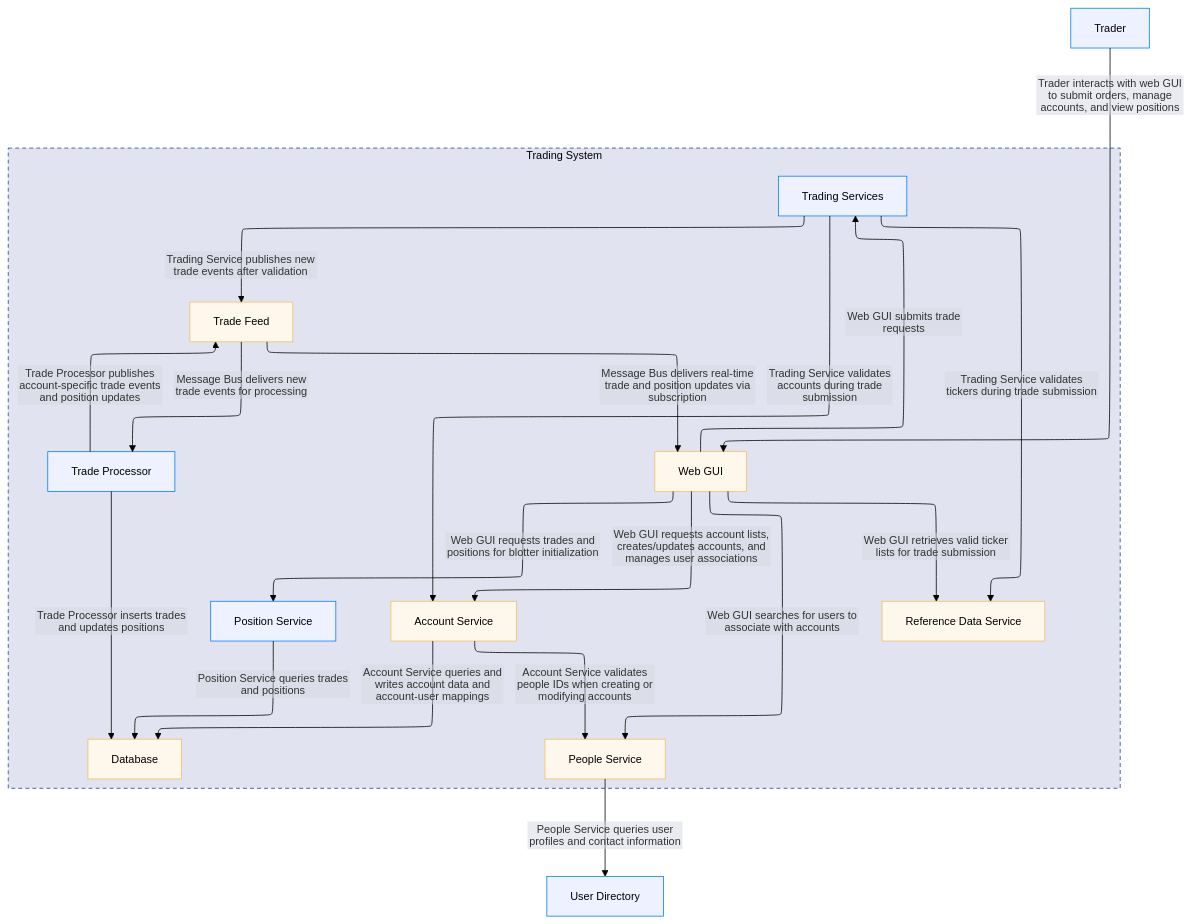
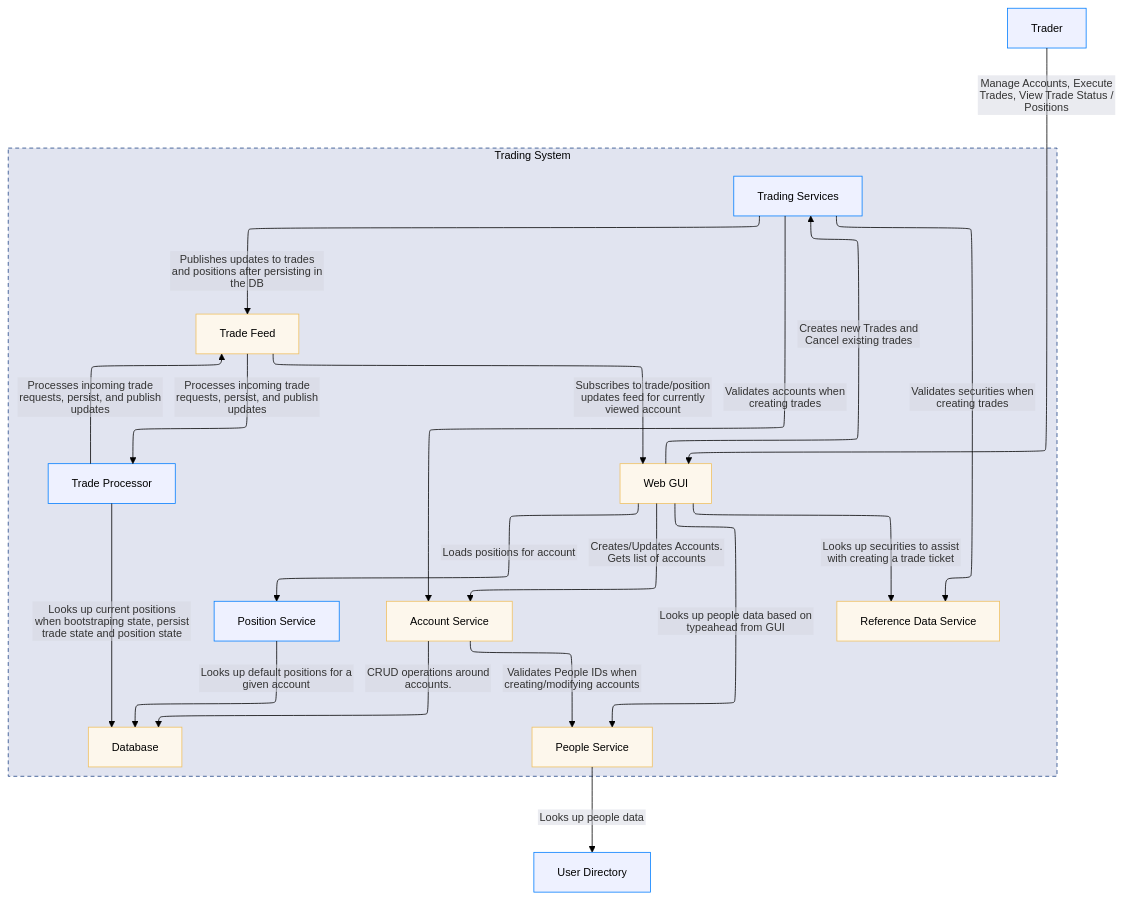
One commit to finos/traderX changed the fifth of 5 diagrams in docs/calm/trading-system-overview.md. Above: the diagram before and after it, drawn with Mermaid. The commit also changed other lines of this file and 1 other file, not shown here.

````diff
--- a/docs/calm/trading-system-overview.md
+++ b/docs/calm/trading-system-overview.md
@@ -222,62 +222,62 @@
 ```mermaid
 ---
 config:
   theme: base
   themeVariables:
     fontFamily: -apple-system, BlinkMacSystemFont, 'Segoe WPC', 'Segoe UI', system-ui, 'Ubuntu', sans-serif
     darkMode: false
     fontSize: 14px
     edgeLabelBackground: '#d5d7e1'
     lineColor: '#000000'
 ---
 %%{init: {"layout": "elk", "flowchart": {"htmlLabels": false}}}%%
 flowchart TB
 classDef boundary fill:#e1e4f0,stroke:#204485,stroke-dasharray: 5 4,stroke-width:1px,color:#000000;
 classDef node fill:#eef1ff,stroke:#007dff,stroke-width:1px,color:#000000;
 classDef iface fill:#f0f0f0,stroke:#b6b6b6,stroke-width:1px,font-size:10px,color:#000000;
 classDef highlight fill:#fdf7ec,stroke:#f0c060,stroke-width:1px,color:#000000;
 
         subgraph trading-system["Trading System"]
         direction TB
             account-service["Account Service"]:::node
             database["Database"]:::node
             people-service["People Service"]:::node
             position-service["Position Service"]:::node
             reference-data-service["Reference Data Service"]:::node
             messagebus["Trade Feed"]:::node
             trade-processor["Trade Processor"]:::node
             trading-services["Trading Services"]:::node
             web-gui["Web GUI"]:::node
         end
         class trading-system boundary
 
     trader["Trader"]:::node
     user-directory["User Directory"]:::node
 
-    trader -->|Trader interacts with web GUI to submit orders, manage accounts, and view positions| web-gui
-    web-gui -->|Web GUI requests account lists, creates/updates accounts, and manages user associations| account-service
-    web-gui -->|Web GUI requests trades and positions for blotter initialization| position-service
-    web-gui -->|Web GUI retrieves valid ticker lists for trade submission| reference-data-service
-    web-gui -->|Web GUI submits trade requests| trading-services
-    web-gui -->|Web GUI searches for users to associate with accounts| people-service
-    trading-services -->|Trading Service validates tickers during trade submission| reference-data-service
-    trading-services -->|Trading Service validates accounts during trade submission| account-service
-    people-service -->|People Service queries user profiles and contact information| user-directory
-    account-service -->|Account Service queries and writes account data and account-user mappings| database
-    account-service -->|Account Service validates people IDs when creating or modifying accounts| people-service
-    position-service -->|Position Service queries trades and positions| database
-    trade-processor -->|Trade Processor inserts trades and updates positions| database
-    trading-services -->|Trading Service publishes new trade events after validation| messagebus
-    messagebus -->|Message Bus delivers new trade events for processing| trade-processor
-    trade-processor -->|Trade Processor publishes account-specific trade events and position updates| messagebus
-    messagebus -->|Message Bus delivers real-time trade and position updates via subscription| web-gui
+    trader -->|Manage Accounts, Execute Trades, View Trade Status / Positions| web-gui
+    web-gui -->|Creates/Updates Accounts. Gets list of accounts| account-service
+    web-gui -->|Loads positions for account| position-service
+    web-gui -->|Looks up securities to assist with creating a trade ticket| reference-data-service
+    web-gui -->|Creates new Trades and Cancel existing trades| trading-services
+    web-gui -->|Looks up people data based on typeahead from GUI| people-service
+    trading-services -->|Validates securities when creating trades| reference-data-service
+    trading-services -->|Validates accounts when creating trades| account-service
+    people-service -->|Looks up people data| user-directory
+    account-service -->|CRUD operations around accounts.| database
+    account-service -->|Validates People IDs when creating/modifying accounts| people-service
+    position-service -->|Looks up default positions for a given account| database
+    trade-processor -->|Looks up current positions when bootstraping state, persist trade state and position state| database
+    trading-services -->|Publishes updates to trades and positions after persisting in the DB| messagebus
+    messagebus -->|Processes incoming trade requests, persist, and publish updates| trade-processor
+    trade-processor -->|Processes incoming trade requests, persist, and publish updates| messagebus
+    messagebus -->|Subscribes to trade/position updates feed for currently viewed account| web-gui
 
 
     class reference-data-service highlight
     class web-gui highlight
     class account-service highlight
     class people-service highlight
     class database highlight
     class messagebus highlight
 
 ```
````
